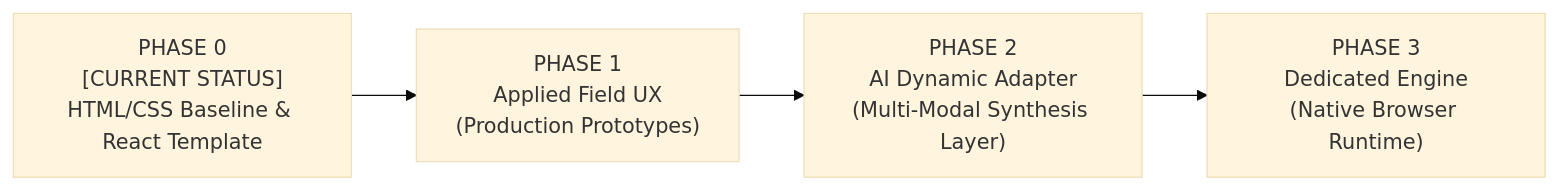
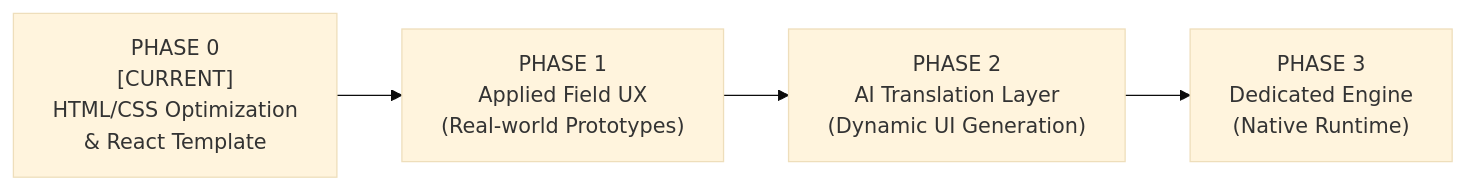
Before and after one commit to sixima-electric/sixima: the second of 2 diagrams in README.md, drawn with Mermaid (base theme). The commit also changed other lines of this file, not shown here.

````diff
--- a/README.md
+++ b/README.md
@@ -134,8 +100,8 @@
 ```mermaid
 flowchart LR
-    P0["PHASE 0<br/>[CURRENT STATUS]<br/>HTML/CSS Baseline & React Template"] 
-    --> P1["PHASE 1<br/>Applied Field UX<br/>(Production Prototypes)"]
-    --> P2["PHASE 2<br/>AI Dynamic Adapter<br/>(Multi-Modal Synthesis Layer)"] 
-    --> P3["PHASE 3<br/>Dedicated Engine<br/>(Native Browser Runtime)"]
+    P0["PHASE 0<br/>[CURRENT]<br/>HTML/CSS Optimization<br/>& React Template"] 
+    --> P1["PHASE 1<br/>Applied Field UX<br/>(Real-world Prototypes)"]
+    --> P2["PHASE 2<br/>AI Translation Layer<br/>(Dynamic UI Generation)"] 
+    --> P3["PHASE 3<br/>Dedicated Engine<br/>(Native Runtime)"]
 
 ```
````
